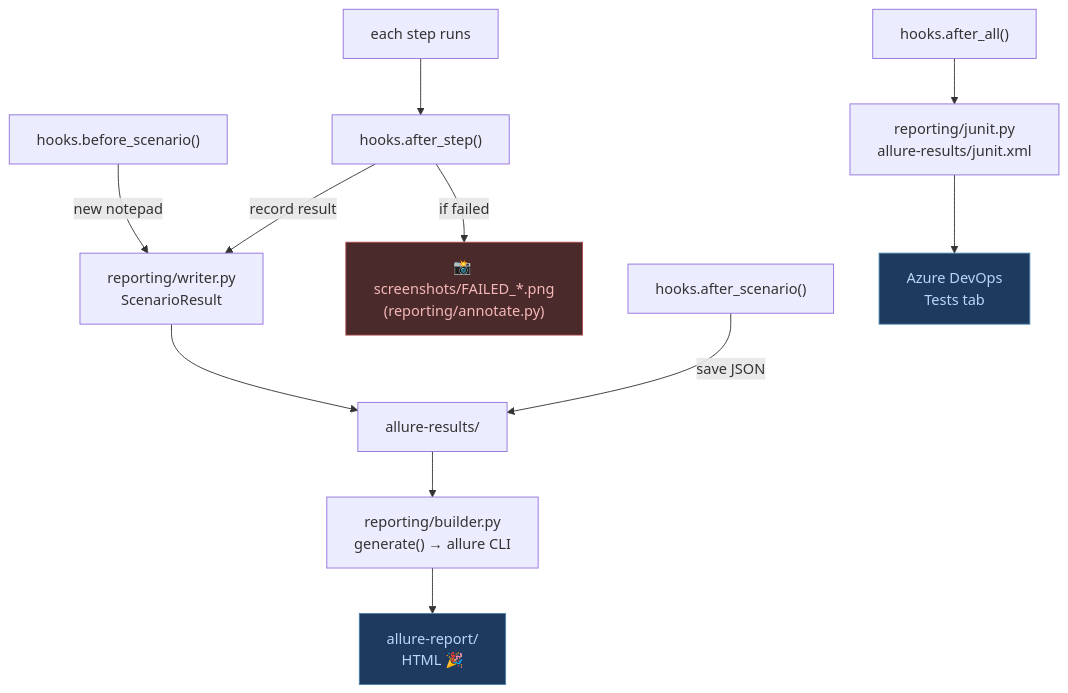
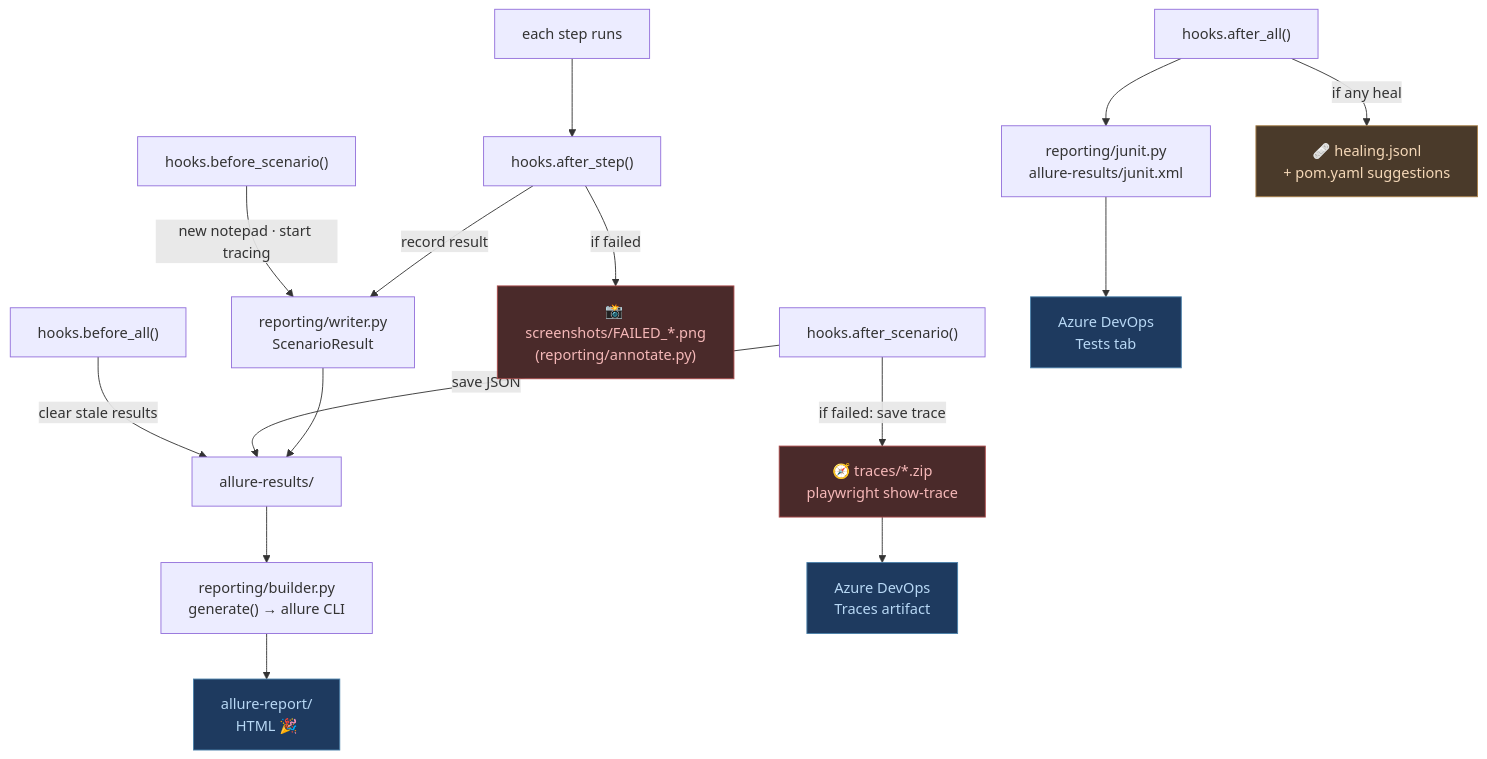
Before and after one commit to gheeno/bddframe: the sixth of 6 diagrams in docs/architecture.md, drawn with Mermaid. The commit also changed other lines of this file and 2 other files, not shown here.

````diff
--- a/docs/architecture.md
+++ b/docs/architecture.md
@@ -456,18 +469,25 @@
 ```mermaid
 flowchart TD
-    H1["hooks.before_scenario()"] -->|"new notepad"| WR["reporting/writer.py<br/>ScenarioResult"]
+    H0["hooks.before_all()"] -->|"clear stale results"| RESULTS["allure-results/"]
+    H1["hooks.before_scenario()"] -->|"new notepad · start tracing"| WR["reporting/writer.py<br/>ScenarioResult"]
     STEP["each step runs"] --> H2["hooks.after_step()"]
     H2 -->|"if failed"| SHOT["📸 screenshots/FAILED_*.png<br/>(reporting/annotate.py)"]
     H2 -->|"record result"| WR
-    H3["hooks.after_scenario()"] -->|"save JSON"| RESULTS["allure-results/"]
+    H3["hooks.after_scenario()"] -->|"save JSON"| RESULTS
+    H3 -->|"if failed: save trace"| TRACE["🧭 traces/*.zip<br/>playwright show-trace"]
     WR --> RESULTS
     H4["hooks.after_all()"] --> JUNIT["reporting/junit.py<br/>allure-results/junit.xml"]
+    H4 -->|"if any heal"| HEAL["🩹 healing.jsonl<br/>+ pom.yaml suggestions"]
 
     RESULTS --> GEN["reporting/builder.py<br/>generate() → allure CLI"]
     GEN --> HTML["allure-report/<br/>HTML 🎉"]
     JUNIT --> AZURE["Azure DevOps<br/>Tests tab"]
+    TRACE --> AZART["Azure DevOps<br/>Traces artifact"]
 
     style SHOT fill:#4a2a2a,color:#f5b8b8,stroke:#aa4a4a
+    style TRACE fill:#4a2a2a,color:#f5b8b8,stroke:#aa4a4a
+    style HEAL fill:#4a3a2a,color:#f5d8b8,stroke:#aa804a
     style HTML fill:#1e3a5f,color:#b8d8f5,stroke:#4a80aa
     style AZURE fill:#1e3a5f,color:#b8d8f5,stroke:#4a80aa
+    style AZART fill:#1e3a5f,color:#b8d8f5,stroke:#4a80aa
 ```
````
